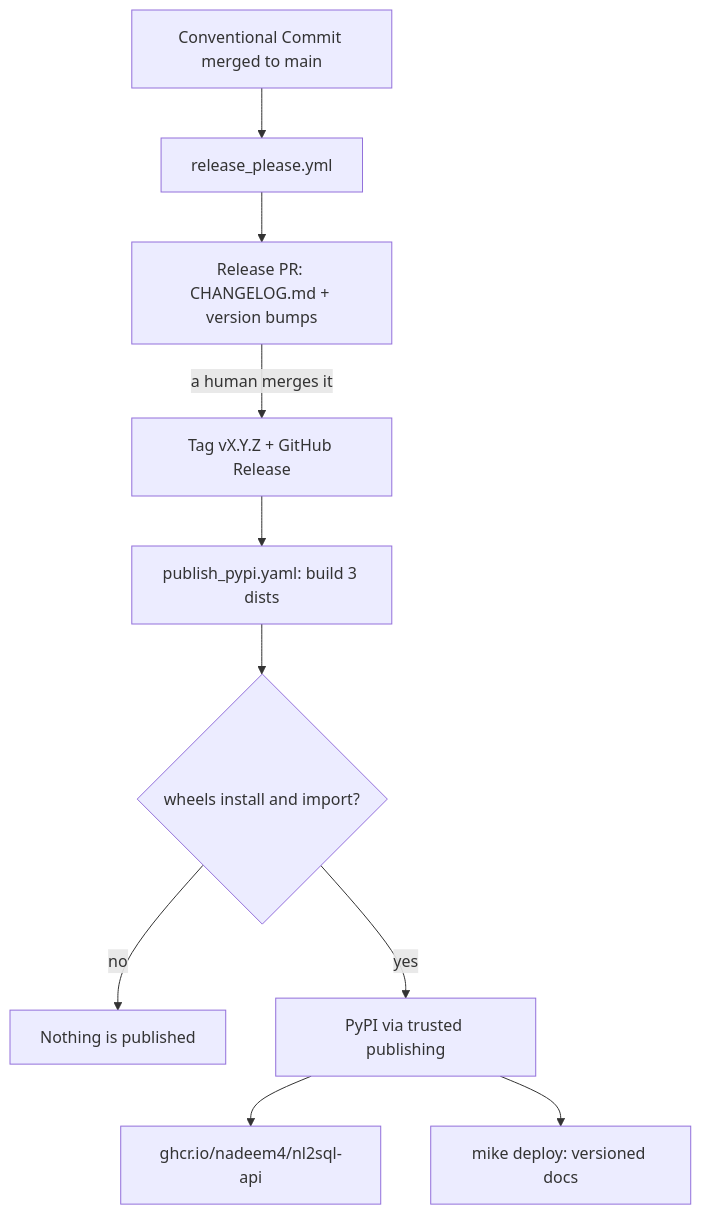
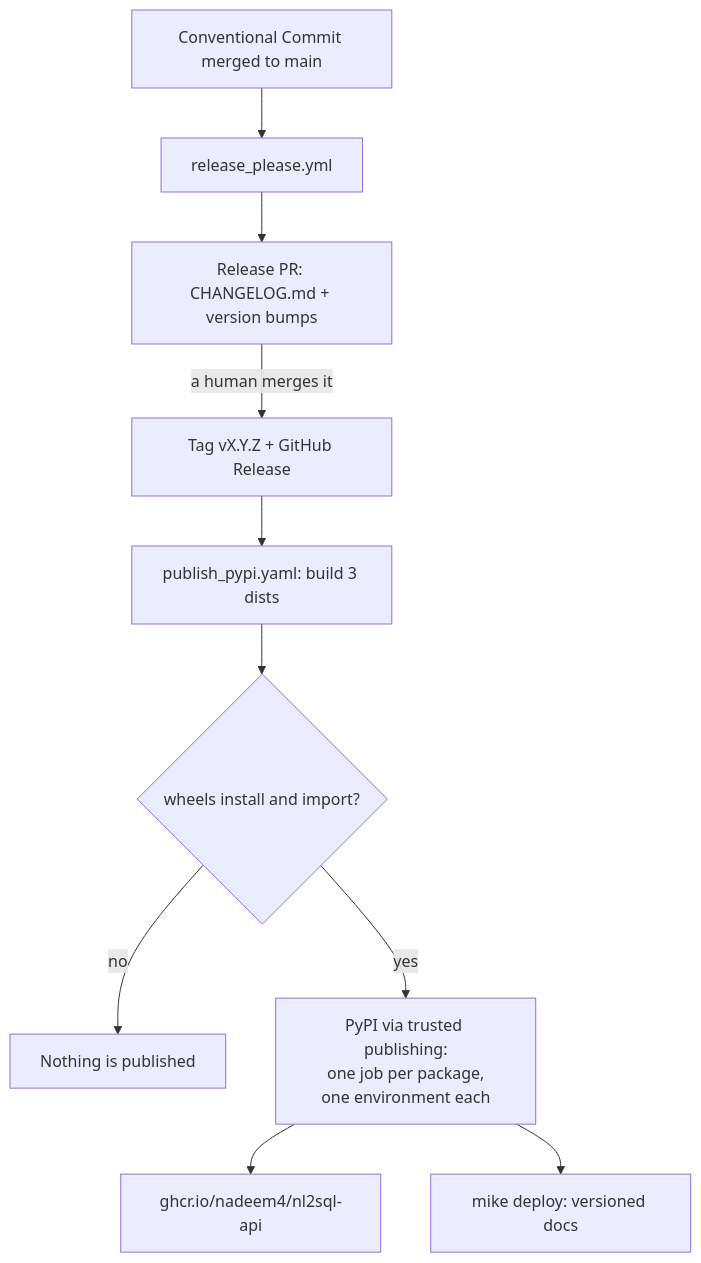
One commit to nadeem4/nl2sql changed the first of 2 diagrams in docs/development/releasing.md. Above: the diagram before and after it, drawn with Mermaid. The commit also changed other lines of this file and 1 other file, not shown here.

Commit message:
ci: publish each distribution from its own PyPI environment

````diff
--- a/docs/development/releasing.md
+++ b/docs/development/releasing.md
@@ -14,12 +14,12 @@
 ```mermaid
 flowchart TD
     C[Conventional Commit merged to main] --> RP[release_please.yml]
     RP --> PR[Release PR: CHANGELOG.md + version bumps]
     PR -->|a human merges it| TAG[Tag vX.Y.Z + GitHub Release]
     TAG --> B[publish_pypi.yaml: build 3 dists]
     B --> S{wheels install and import?}
     S -->|no| STOP[Nothing is published]
-    S -->|yes| PY[PyPI via trusted publishing]
+    S -->|yes| PY[PyPI via trusted publishing:<br/>one job per package,<br/>one environment each]
     PY --> GH[ghcr.io/nadeem4/nl2sql-api]
     PY --> D[mike deploy: versioned docs]
 ```
````
